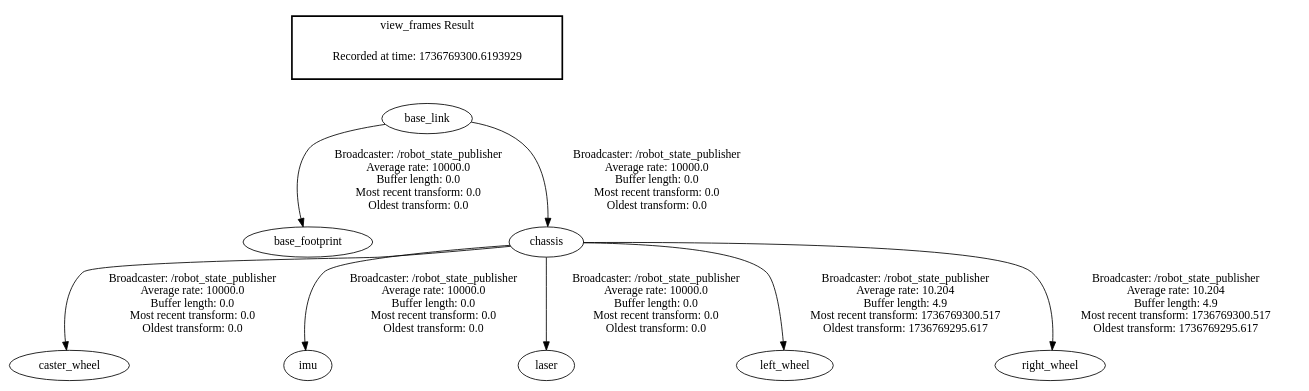
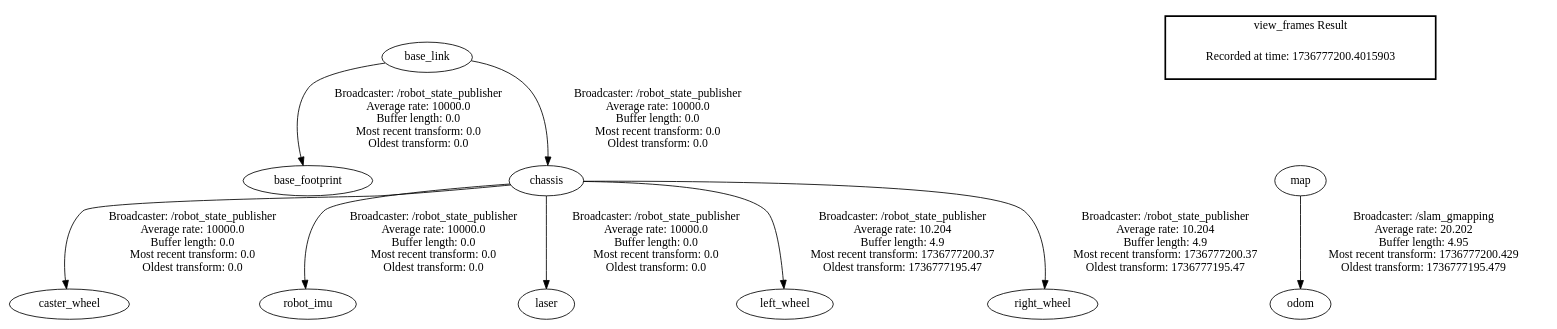
One commit to mul-cps/ros-rmp changed the diagram in src/frames.gv. Above: the diagram before and after it, drawn with Graphviz. The commit also changed 70 other files, not shown here.

```diff
--- a/src/frames.gv
+++ b/src/frames.gv
@@ -1,13 +1,14 @@
 digraph G {
 "base_link" -> "base_footprint"[label=" Broadcaster: /robot_state_publisher\nAverage rate: 10000.0\nBuffer length: 0.0\nMost recent transform: 0.0\nOldest transform: 0.0\n"];
 "chassis" -> "caster_wheel"[label=" Broadcaster: /robot_state_publisher\nAverage rate: 10000.0\nBuffer length: 0.0\nMost recent transform: 0.0\nOldest transform: 0.0\n"];
 "base_link" -> "chassis"[label=" Broadcaster: /robot_state_publisher\nAverage rate: 10000.0\nBuffer length: 0.0\nMost recent transform: 0.0\nOldest transform: 0.0\n"];
-"chassis" -> "imu"[label=" Broadcaster: /robot_state_publisher\nAverage rate: 10000.0\nBuffer length: 0.0\nMost recent transform: 0.0\nOldest transform: 0.0\n"];
+"chassis" -> "robot_imu"[label=" Broadcaster: /robot_state_publisher\nAverage rate: 10000.0\nBuffer length: 0.0\nMost recent transform: 0.0\nOldest transform: 0.0\n"];
 "chassis" -> "laser"[label=" Broadcaster: /robot_state_publisher\nAverage rate: 10000.0\nBuffer length: 0.0\nMost recent transform: 0.0\nOldest transform: 0.0\n"];
-"chassis" -> "left_wheel"[label=" Broadcaster: /robot_state_publisher\nAverage rate: 10.204\nBuffer length: 4.9\nMost recent transform: 1736769300.517\nOldest transform: 1736769295.617\n"];
-"chassis" -> "right_wheel"[label=" Broadcaster: /robot_state_publisher\nAverage rate: 10.204\nBuffer length: 4.9\nMost recent transform: 1736769300.517\nOldest transform: 1736769295.617\n"];
+"map" -> "odom"[label=" Broadcaster: /slam_gmapping\nAverage rate: 20.202\nBuffer length: 4.95\nMost recent transform: 1736777200.429\nOldest transform: 1736777195.479\n"];
+"chassis" -> "left_wheel"[label=" Broadcaster: /robot_state_publisher\nAverage rate: 10.204\nBuffer length: 4.9\nMost recent transform: 1736777200.37\nOldest transform: 1736777195.47\n"];
+"chassis" -> "right_wheel"[label=" Broadcaster: /robot_state_publisher\nAverage rate: 10.204\nBuffer length: 4.9\nMost recent transform: 1736777200.37\nOldest transform: 1736777195.47\n"];
 edge [style=invis];
  subgraph cluster_legend { style=bold; color=black; label ="view_frames Result";
-"Recorded at time: 1736769300.6193929"[ shape=plaintext ] ;
-}->"base_link";
+"Recorded at time: 1736777200.4015903"[ shape=plaintext ] ;
+}->"map";
 }
```
